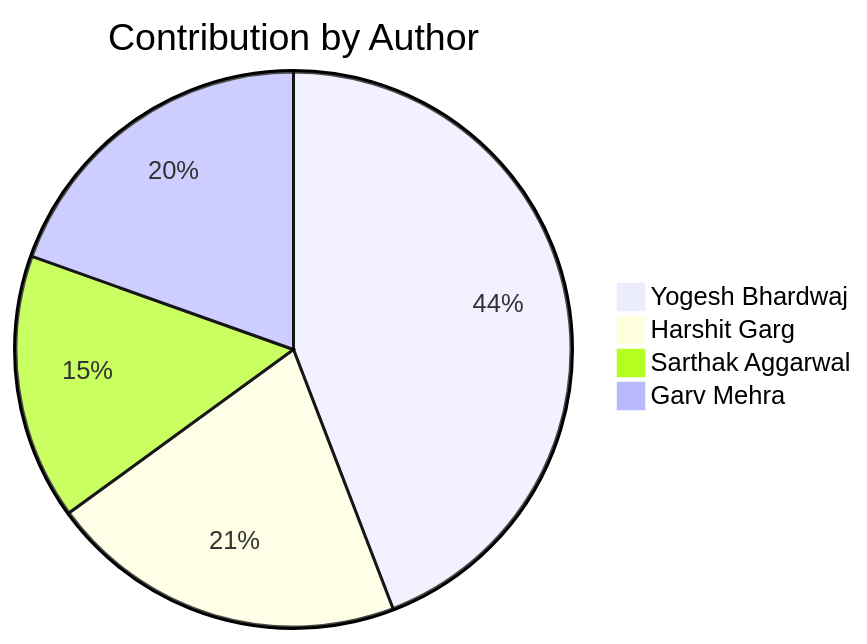
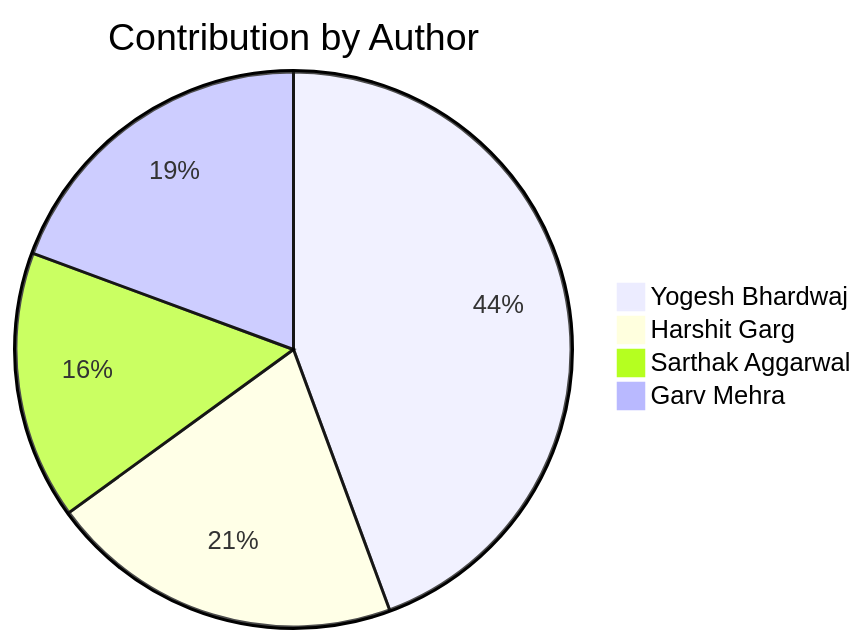
Before and after one commit to Yogesh-Bhardwaj-hue/Scm-Final_2.0: the second of 2 diagrams in README.md, drawn with Mermaid. The commit also changed other lines of this file, not shown here.

Commit message:
eiNbMVbJ8r65

````diff
--- a/README.md
+++ b/README.md
@@ -190,7 +190,7 @@
 ```mermaid
 pie title Contribution by Author
-    "Yogesh Bhardwaj": 140
+    "Yogesh Bhardwaj": 142
     "Harshit Garg": 66
-    "Sarthak Aggarwal": 49
+    "Sarthak Aggarwal": 50
     "Garv Mehra": 62
 ```
````
